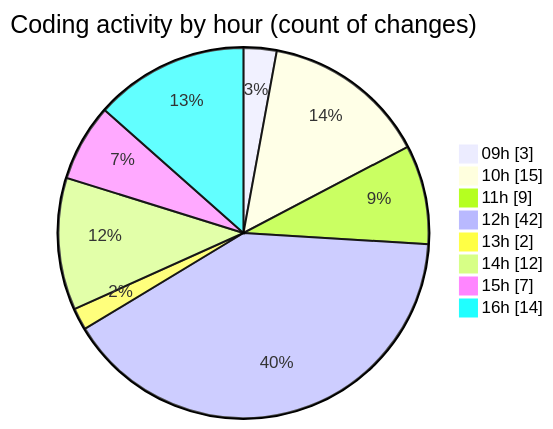
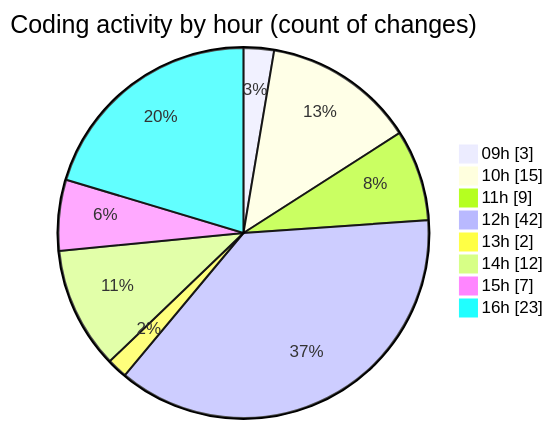
Before and after one commit to momahboobian/code-tracking: the second of 2 diagrams in 2026-11-03/cda/README.md, drawn with Mermaid. The commit also changed other lines of this file and 1 other file, not shown here.

````diff
--- a/2026-11-03/cda/README.md
+++ b/2026-11-03/cda/README.md
@@ -55,12 +61,12 @@
 ```mermaid
 pie showData
 title Coding activity by hour (count of changes)
 "09h" : 3
 "10h" : 15
 "11h" : 9
 "12h" : 42
 "13h" : 2
 "14h" : 12
 "15h" : 7
-"16h" : 14
+"16h" : 23
 ```
````
